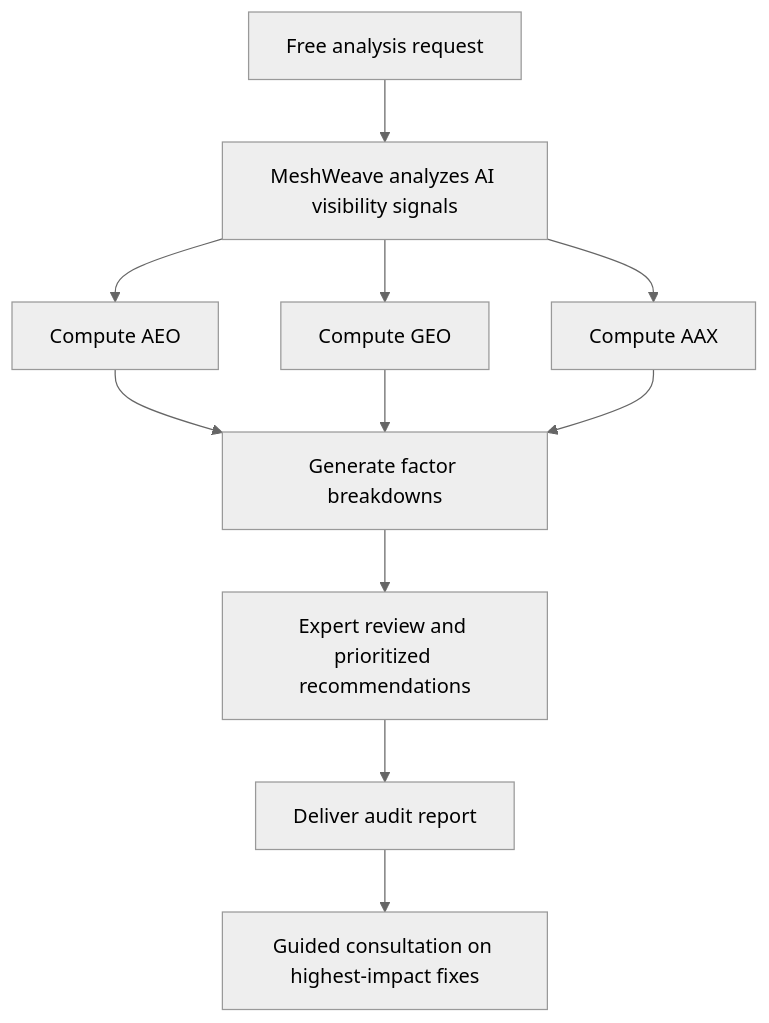
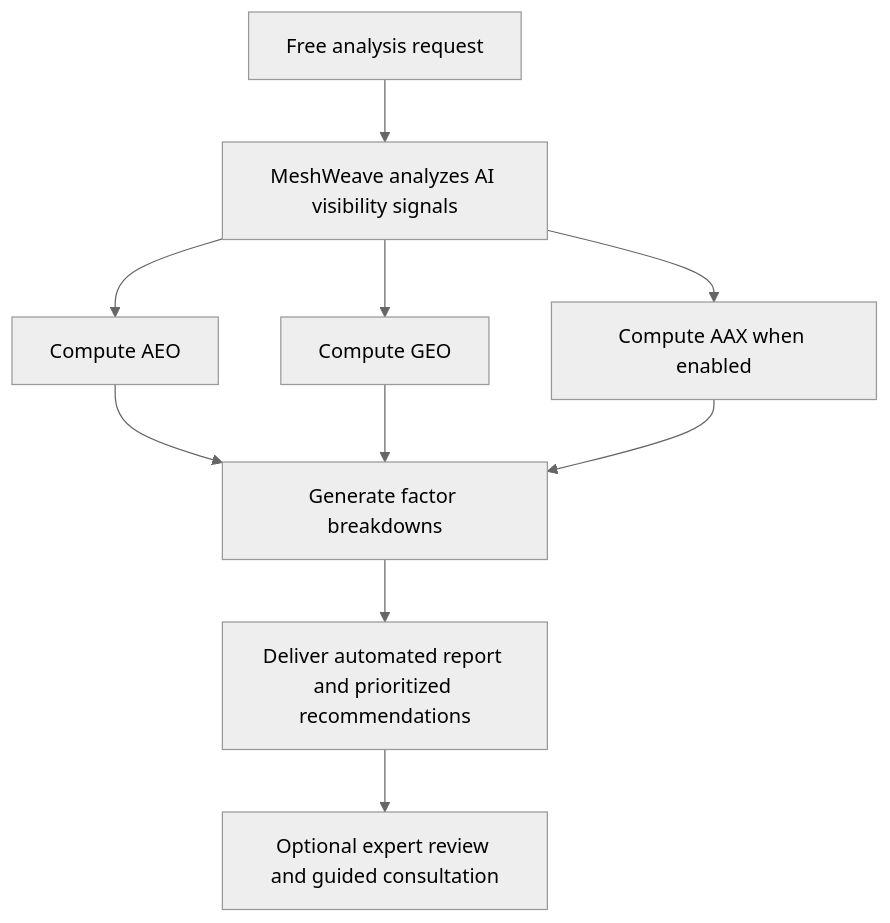
Before and after one commit to malvavisc0/meshweave: the diagram in docs/product-overview.md, drawn with Mermaid (neutral theme). The commit also changed other lines of this file and 8 other files, not shown here.

````diff
--- a/docs/product-overview.md
+++ b/docs/product-overview.md
@@ -125,13 +127,12 @@
 ```mermaid
 flowchart TD
   A[Free analysis request] --> B[MeshWeave analyzes AI visibility signals]
   B --> C[Compute AEO]
   B --> D[Compute GEO]
-  B --> E[Compute AAX]
+  B --> E[Compute AAX when enabled]
   C --> F[Generate factor breakdowns]
   D --> F
   E --> F
-  F --> G[Expert review and prioritized recommendations]
-  G --> H[Deliver audit report]
-  H --> I[Guided consultation on highest-impact fixes]
+  F --> G[Deliver automated report and prioritized recommendations]
+  G --> H[Optional expert review and guided consultation]
 ```
````
